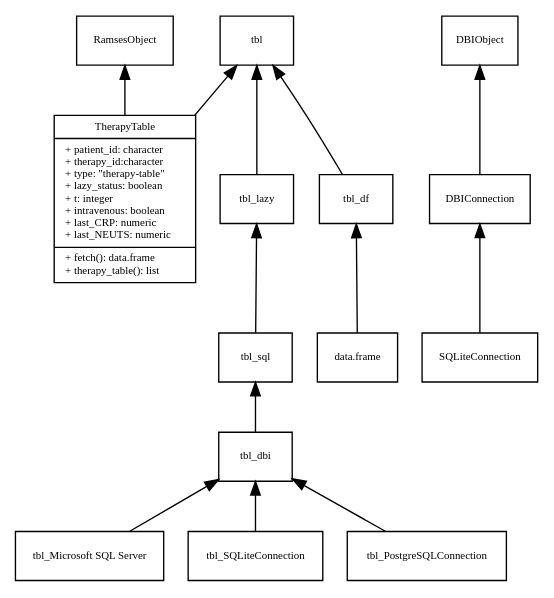
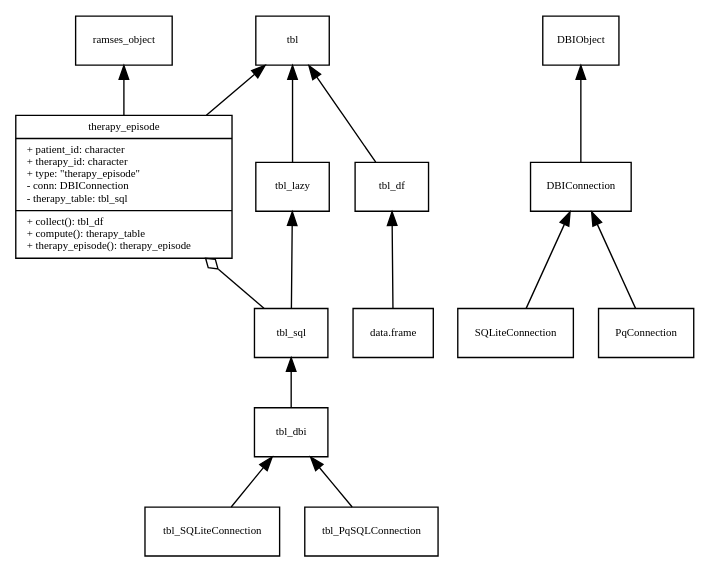
The diagram in vignettes/diagrams/objects-tbl.gv (ramses-antibiotics/ramses-package), drawn with Graphviz before and after one commit. The commit also changed 2 other files, not shown here.

Commit message:
update UML diagrams and pilot S4 class TherapyEpisode

```diff
--- a/vignettes/diagrams/objects-tbl.gv
+++ b/vignettes/diagrams/objects-tbl.gv
@@ -1,52 +1,49 @@
 digraph G {
   fontsize = 8
 
   node [
           fontname = "Droid Sans Mono"
           fontsize = 8
           shape = "record"
 
   ]
 
   edge [
           fontname = "Droid Sans Mono"
           fontsize = 8
   ]
 
-tbl_MSSQL [
-  label = "tbl_Microsoft SQL Server"
-]
-
-TherapyTable [
-  label = "{TherapyTable|
+therapy_episode [
+  width = 2.2
+  label = "{therapy_episode|
   + patient_id: character\l
-  + therapy_id:character\l
-  + type: \"therapy-table\"\l
-  + lazy_status: boolean\l
-  + t: integer\l+ intravenous: boolean\l
-  + last_CRP: numeric \l
-  + last_NEUTS: numeric\l|
+  + therapy_id: character\l
+  + type: \"therapy_episode\"\l
+  - conn: DBIConnection\l
+  - therapy_table: tbl_sql\l|
   
-  + fetch(): data.frame\l
-  + therapy_table(): list\l}"
+  + collect(): tbl_df\l
+  + compute(): therapy_table\l
+  + therapy_episode(): therapy_episode\l}"
 ]
 
 dataframe [
   label="data.frame"
 ]
 
-RamsesObject -> TherapyTable [dir=back]
-tbl -> TherapyTable [dir=back]
+ramses_object -> therapy_episode [dir=back]
+therapy_episode -> tbl_sql[arrowtail=odiamond dir=back constraint=false]
+tbl -> therapy_episode [dir=back]
 tbl -> tbl_lazy [dir=back]
 tbl_lazy -> tbl_sql [dir=back]
 tbl_sql -> tbl_dbi [dir=back]
 tbl_dbi -> tbl_SQLiteConnection [dir=back]
-tbl_dbi -> tbl_PostgreSQLConnection [dir=back]
-tbl_dbi -> tbl_MSSQL [dir=back]
+tbl_dbi -> tbl_PqSQLConnection [dir=back]
 tbl -> tbl_df [dir=back]
 tbl_df -> dataframe [dir=back]
 
 
 DBIObject -> DBIConnection [dir=back]
 DBIConnection -> SQLiteConnection [dir=back]
+DBIConnection -> PqConnection [dir=back]
 }
```
